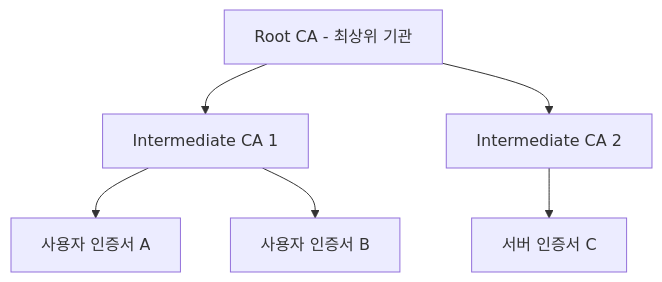
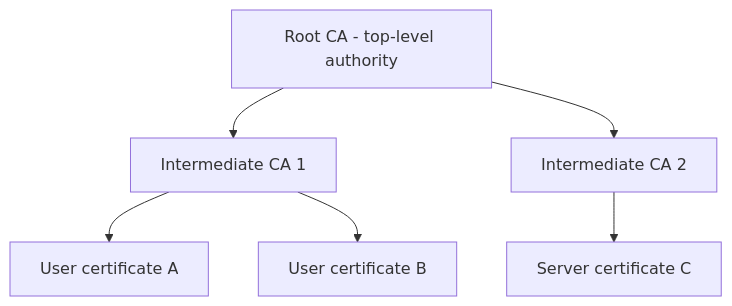
Before and after one commit to jeonck/k8s-adv: the fifth of 5 diagrams in content/security/01-foundation/14-ca-and-root-ca.md, drawn with Mermaid. The commit also changed other lines of this file and 223 other files, not shown here.

````diff
--- a/content/security/01-foundation/14-ca-and-root-ca.md
+++ b/content/security/01-foundation/14-ca-and-root-ca.md
@@ -126,8 +126,8 @@
 ```mermaid
 graph TD
-    Root["Root CA - 최상위 기관"] --> Sub1["Intermediate CA 1"]
+    Root["Root CA - top-level authority"] --> Sub1["Intermediate CA 1"]
     Root --> Sub2["Intermediate CA 2"]
-    Sub1 --> Cert1["사용자 인증서 A"]
-    Sub1 --> Cert2["사용자 인증서 B"]
-    Sub2 --> Cert3["서버 인증서 C"]
+    Sub1 --> Cert1["User certificate A"]
+    Sub1 --> Cert2["User certificate B"]
+    Sub2 --> Cert3["Server certificate C"]
 ```
````
